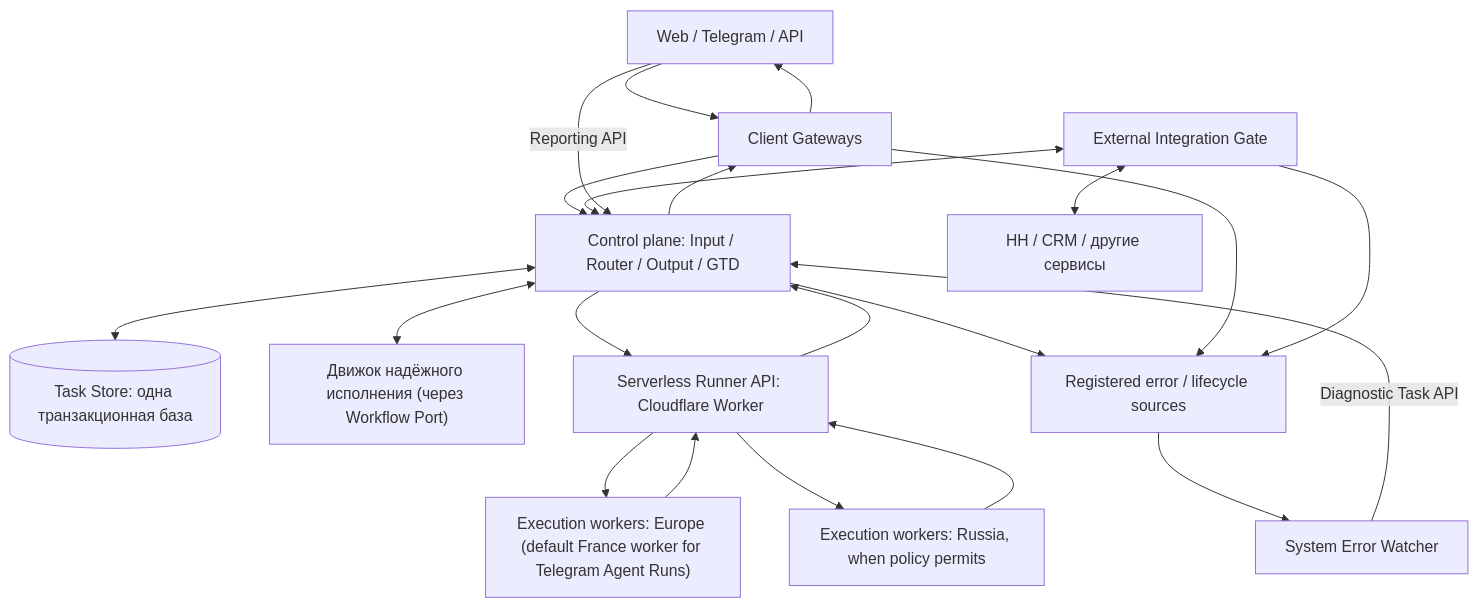
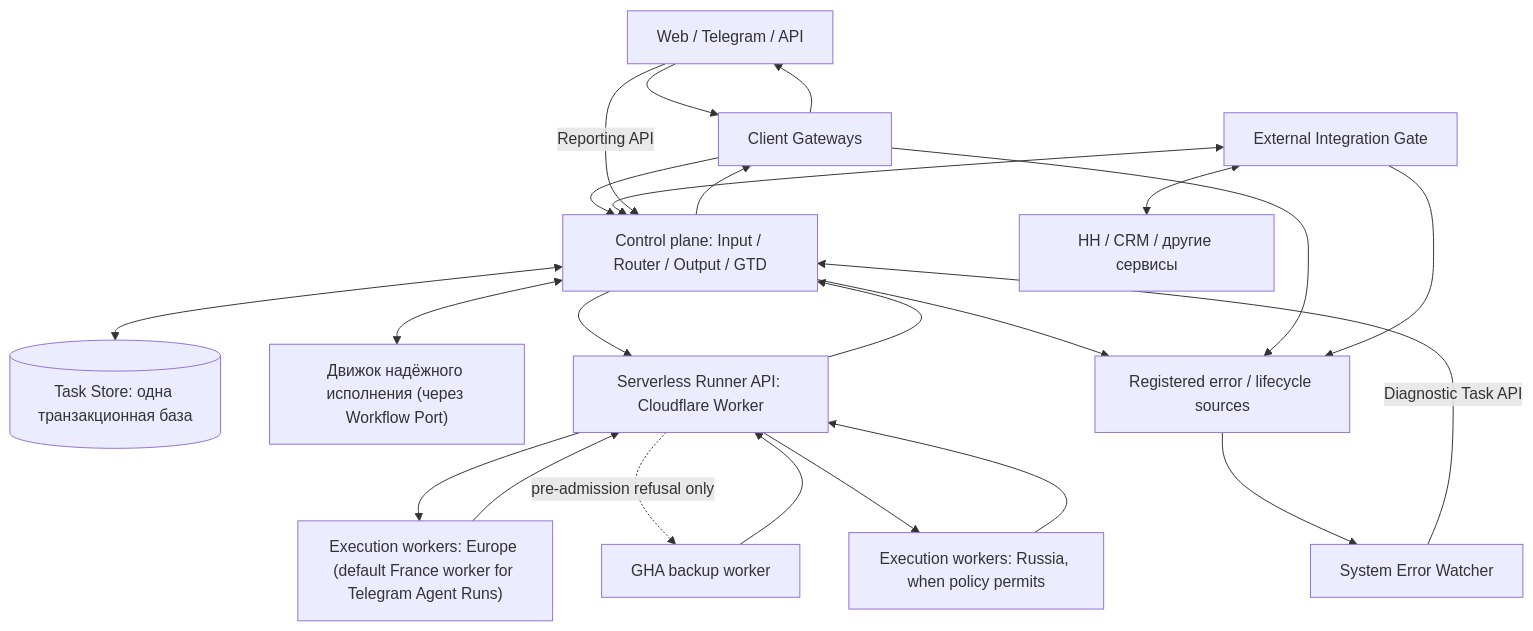
The first of 3 diagrams in ARCHITECTURE.md (trained-assist/trained-agent-architecture), drawn with Mermaid before and after one commit. The commit also changed other lines of this file and 10 other files, not shown here.

Commit message:
scenario: restore France-first GHA backup boundary

````diff
--- a/ARCHITECTURE.md
+++ b/ARCHITECTURE.md
@@ -36,23 +36,25 @@
 ```mermaid
 flowchart TD
   C["Web / Telegram / API"] --> G["Client Gateways"]
   G --> T["Control plane: Input / Router / Output / GTD"]
   T <--> DB[("Task Store: одна транзакционная база")]
   T <--> WF["Движок надёжного исполнения (через Workflow Port)"]
   E["External Integration Gate"] <--> T
   E <--> X["HH / CRM / другие сервисы"]
   T --> RA["Serverless Runner API: Cloudflare Worker"]
   RA --> EU["Execution workers: Europe (default France worker for Telegram Agent Runs)"]
+  RA -. "pre-admission refusal only" .-> GHA["GHA backup worker"]
   RA --> RU["Execution workers: Russia, when policy permits"]
   EU --> RA
+  GHA --> RA
   RU --> RA
   RA --> T
   T --> G
   G --> C
   C -->|"Reporting API"| T
   T --> LOG["Registered error / lifecycle sources"]
   G --> LOG
   E --> LOG
   LOG --> WATCH["System Error Watcher"]
   WATCH -->|"Diagnostic Task API"| T
 ```
````
